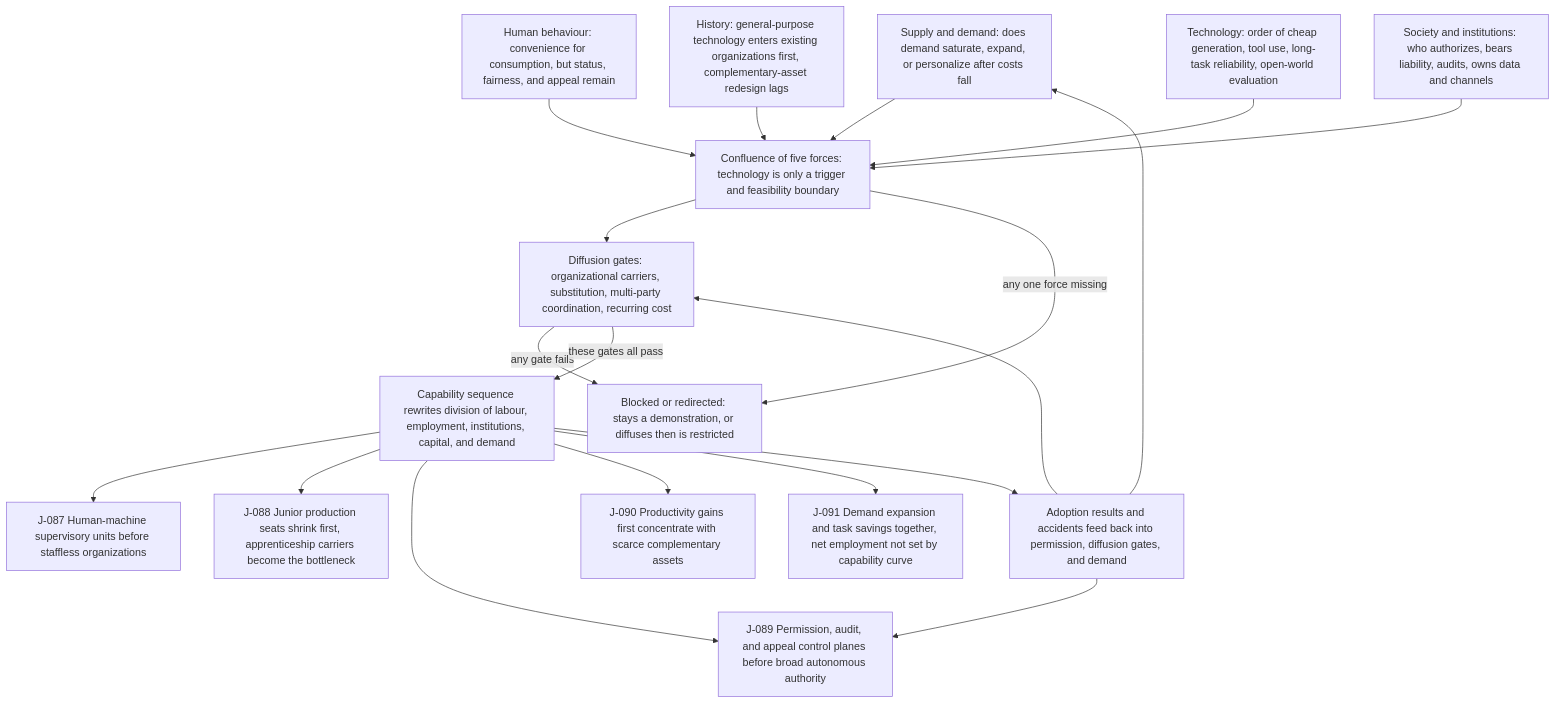
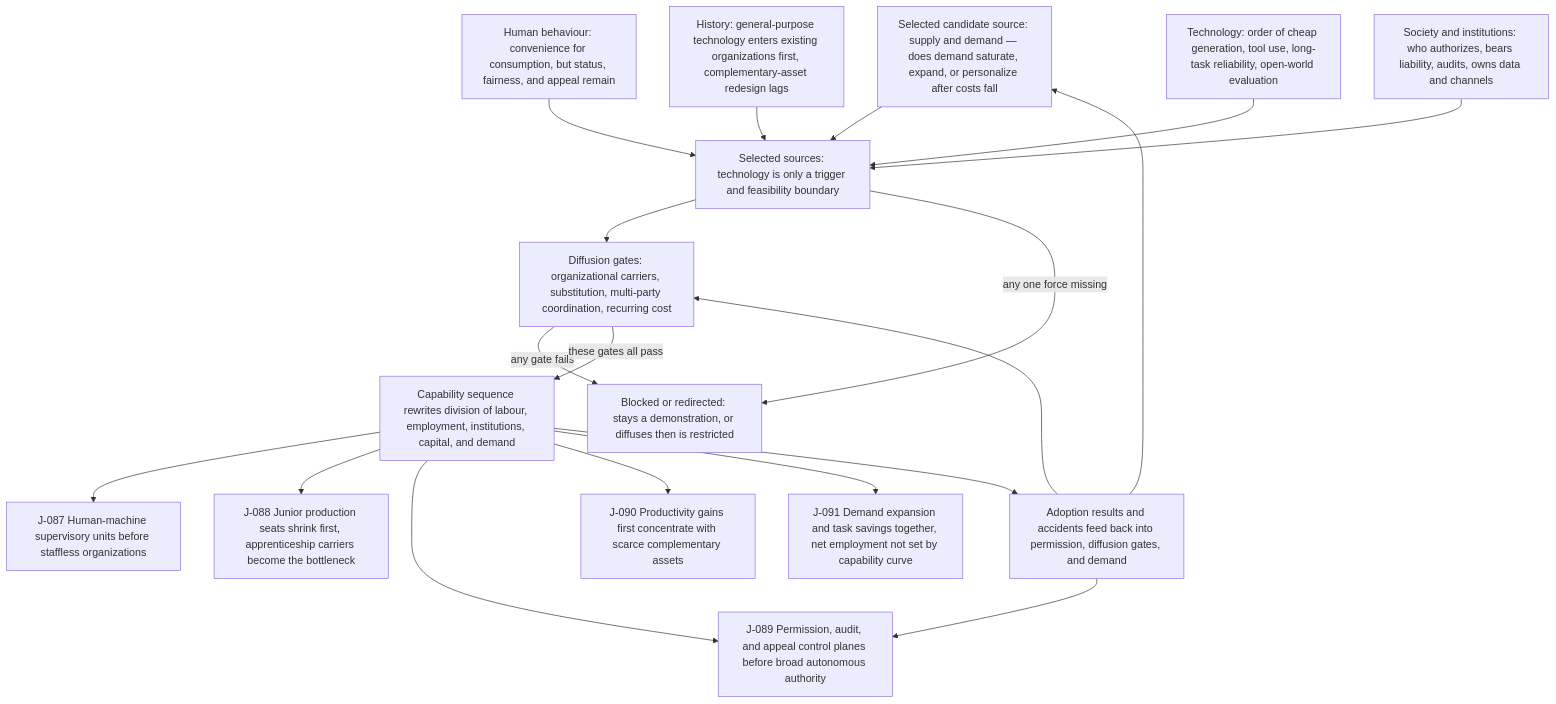
Before and after one commit to SenZhangAI/foresight-by-ai: the diagram in docs/en/chains/70-capability-to-social-consequences.md, drawn with Mermaid. The commit also changed other lines of this file and 3 other files, not shown here.

First line of the commit message:
docs(method): make candidate-source selection explicit

````diff
--- a/docs/en/chains/70-capability-to-social-consequences.md
+++ b/docs/en/chains/70-capability-to-social-consequences.md
@@ -123,21 +123,21 @@
 ```mermaid
 flowchart TD
-  SUPPLY["Supply and demand: does demand saturate, expand, or personalize after costs fall"] --> CONF["Confluence of five forces: technology is only a trigger and feasibility boundary"]
+  SUPPLY["Selected candidate source: supply and demand — does demand saturate, expand, or personalize after costs fall"] --> CONF["Selected sources: technology is only a trigger and feasibility boundary"]
   HUMAN["Human behaviour: convenience for consumption, but status, fairness, and appeal remain"] --> CONF
   HIST["History: general-purpose technology enters existing organizations first, complementary-asset redesign lags"] --> CONF
   TECH["Technology: order of cheap generation, tool use, long-task reliability, open-world evaluation"] --> CONF
   INST["Society and institutions: who authorizes, bears liability, audits, owns data and channels"] --> CONF
   CONF --> GATE["Diffusion gates: organizational carriers, substitution, multi-party coordination, recurring cost"]
   GATE -->|"any gate fails"| STALL["Blocked or redirected: stays a demonstration, or diffuses then is restricted"]
   CONF -->|"any one force missing"| STALL
   GATE -->|"these gates all pass"| SEG["Capability sequence rewrites division of labour, employment, institutions, capital, and demand"]
   SEG --> U1["J-087 Human-machine supervisory units before staffless organizations"]
   SEG --> U2["J-088 Junior production seats shrink first, apprenticeship carriers become the bottleneck"]
   SEG --> U3["J-089 Permission, audit, and appeal control planes before broad autonomous authority"]
   SEG --> U4["J-090 Productivity gains first concentrate with scarce complementary assets"]
   SEG --> U5["J-091 Demand expansion and task savings together, net employment not set by capability curve"]
   SEG --> FB["Adoption results and accidents feed back into permission, diffusion gates, and demand"]
   FB --> GATE
   FB --> U3
   FB --> SUPPLY
 ```
````
